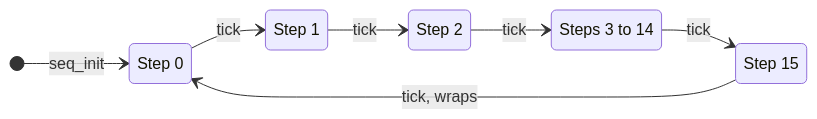
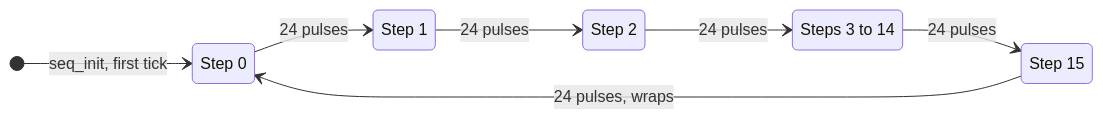
The seventh of 18 diagrams in docs/ARCHITECTURE.md (BonelessPig/nano_sequencer), drawn with Mermaid before and after one commit. The commit also changed other lines of this file and 9 other files, not shown here.

````diff
--- a/docs/ARCHITECTURE.md
+++ b/docs/ARCHITECTURE.md
@@ -237,15 +264,15 @@
 ```mermaid
 stateDiagram-v2
     direction LR
-    [*] --> Step0: seq_init
-    Step0 --> Step1: tick
-    Step1 --> Step2: tick
-    Step2 --> Middle: tick
-    Middle --> Step15: tick
-    Step15 --> Step0: tick, wraps
+    [*] --> Step0: seq_init, first tick
+    Step0 --> Step1: 24 pulses
+    Step1 --> Step2: 24 pulses
+    Step2 --> Middle: 24 pulses
+    Middle --> Step15: 24 pulses
+    Step15 --> Step0: 24 pulses, wraps
     Step0: Step 0
     Step1: Step 1
     Step2: Step 2
     Middle: Steps 3 to 14
     Step15: Step 15
 ```
````
